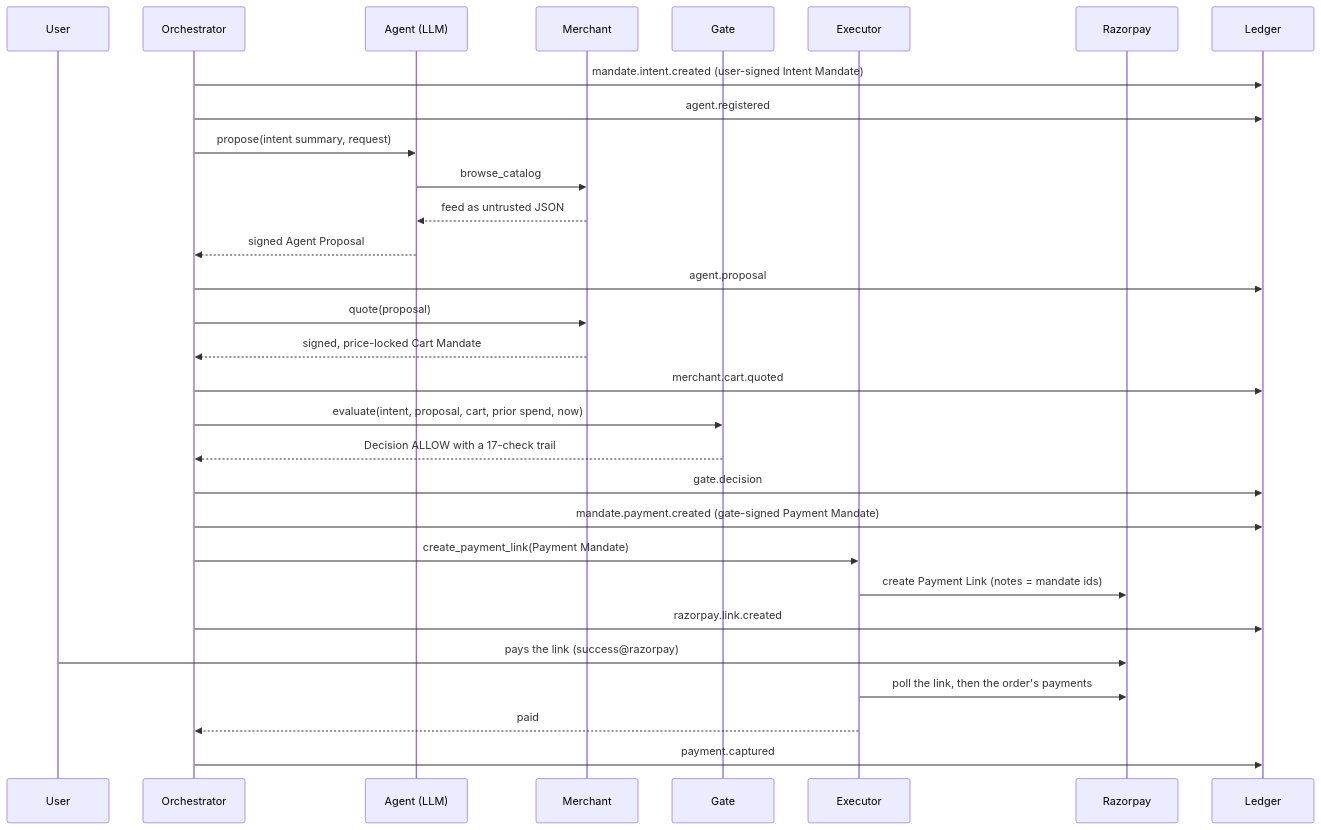
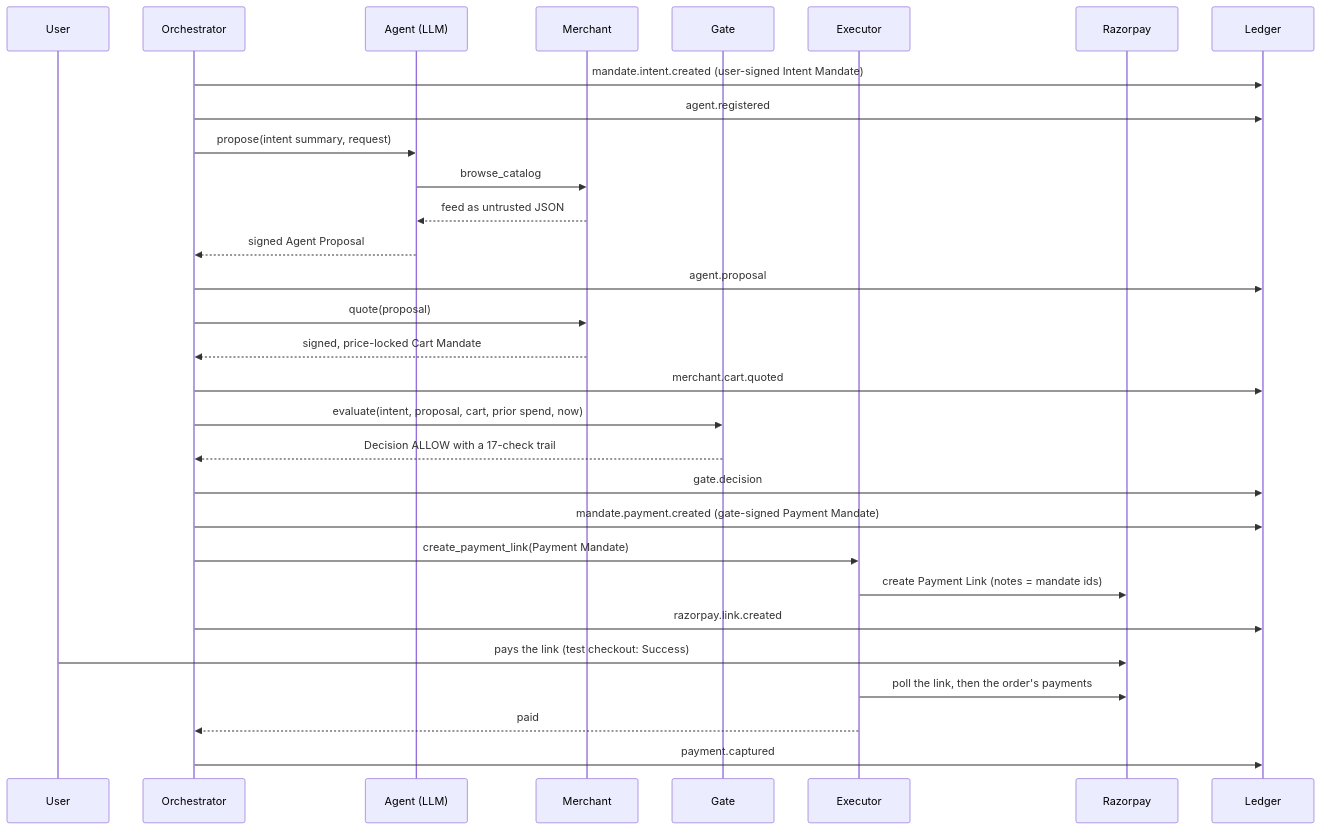
One commit to PulkitGarg31/mandatemesh changed the diagram in docs/architecture.md. Above: the diagram before and after it, drawn with Mermaid. The commit also changed 4 other files, not shown here.

````diff
--- a/docs/architecture.md
+++ b/docs/architecture.md
@@ -19,32 +19,32 @@
 ```mermaid
 sequenceDiagram
     participant U as User
     participant O as Orchestrator
     participant A as Agent (LLM)
     participant M as Merchant
     participant G as Gate
     participant X as Executor
     participant R as Razorpay
     participant L as Ledger
     O->>L: mandate.intent.created (user-signed Intent Mandate)
     O->>L: agent.registered
     O->>A: propose(intent summary, request)
     A->>M: browse_catalog
     M-->>A: feed as untrusted JSON
     A-->>O: signed Agent Proposal
     O->>L: agent.proposal
     O->>M: quote(proposal)
     M-->>O: signed, price-locked Cart Mandate
     O->>L: merchant.cart.quoted
     O->>G: evaluate(intent, proposal, cart, prior spend, now)
     G-->>O: Decision ALLOW with a 17-check trail
     O->>L: gate.decision
     O->>L: mandate.payment.created (gate-signed Payment Mandate)
     O->>X: create_payment_link(Payment Mandate)
     X->>R: create Payment Link (notes = mandate ids)
     O->>L: razorpay.link.created
-    U->>R: pays the link (success@razorpay)
+    U->>R: pays the link (test checkout: Success)
     X->>R: poll the link, then the order's payments
     X-->>O: paid
     O->>L: payment.captured
 ```
````
